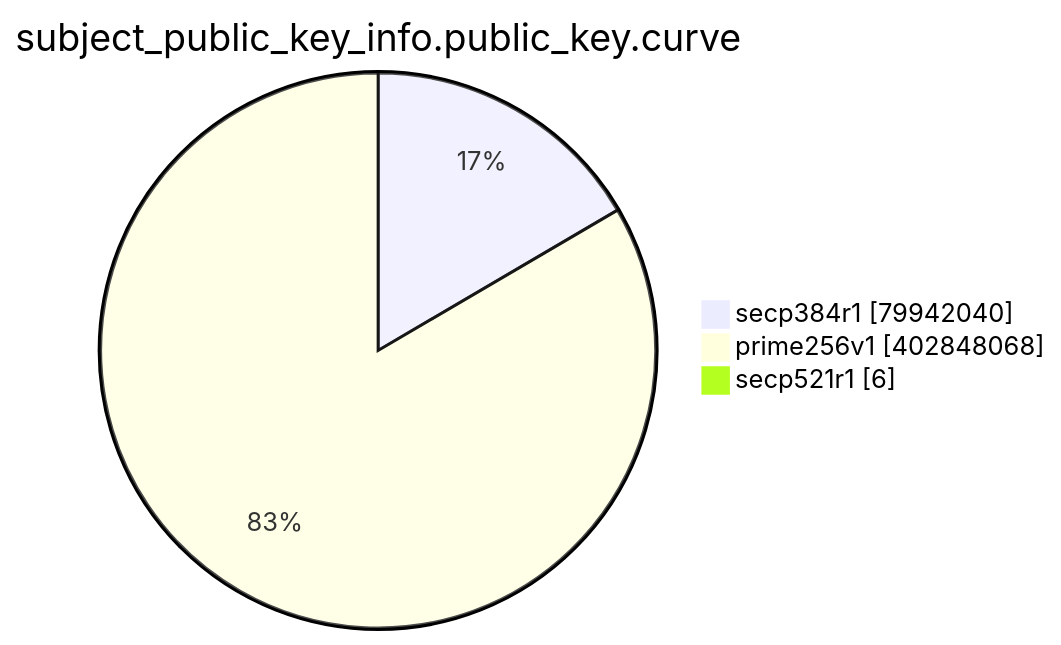
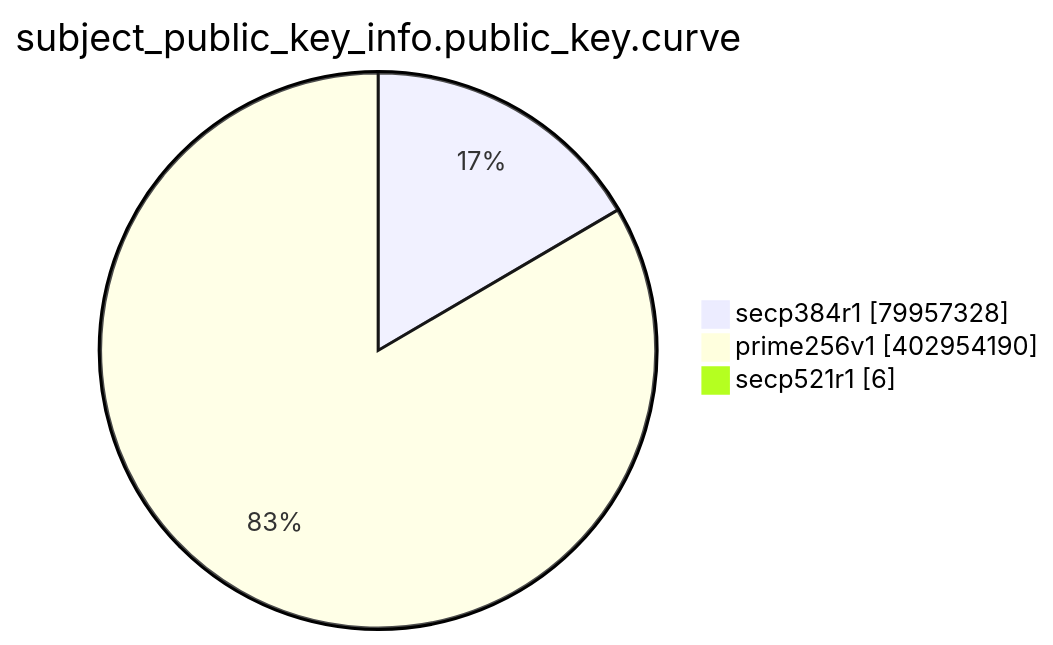
Before and after one commit to christiankrug/ctmonitor_visualization: the eighth of 15 diagrams in TOTAL/README.md, drawn with Mermaid. The commit also changed other lines of this file, not shown here.

````diff
--- a/TOTAL/README.md
+++ b/TOTAL/README.md
@@ -3095,7 +3095,7 @@
 ```mermaid
 pie showData
 title subject_public_key_info.public_key.curve
-"secp384r1" :79942040
-"prime256v1" :402848068
+"secp384r1" :79957328
+"prime256v1" :402954190
 "secp521r1" :6
 ```
````
